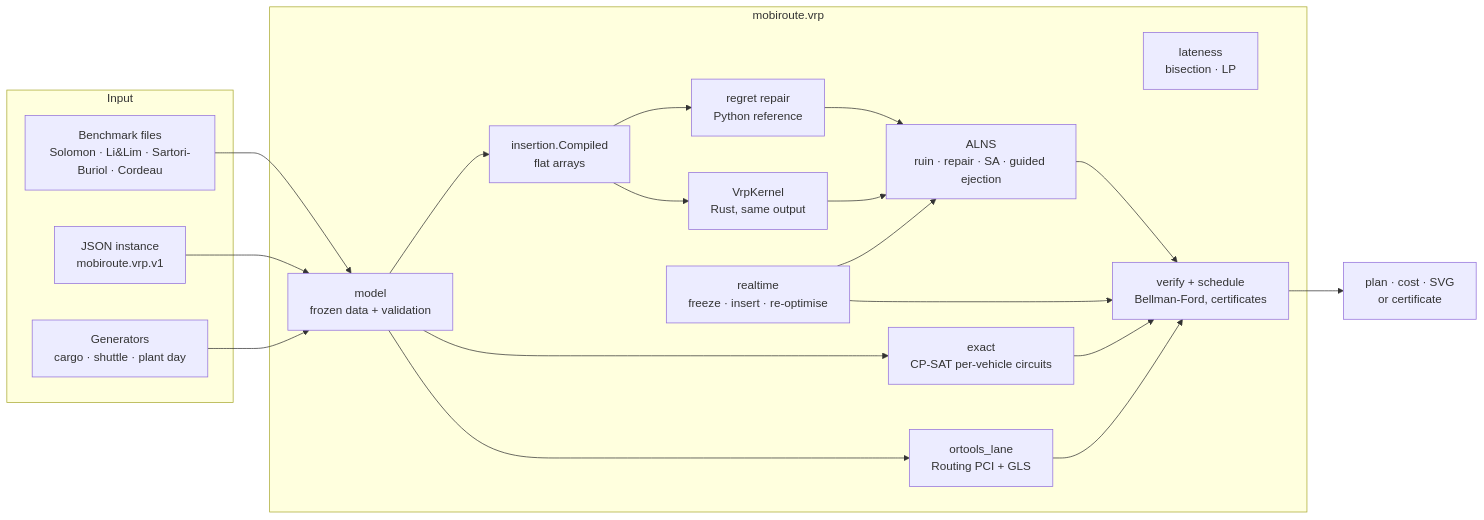
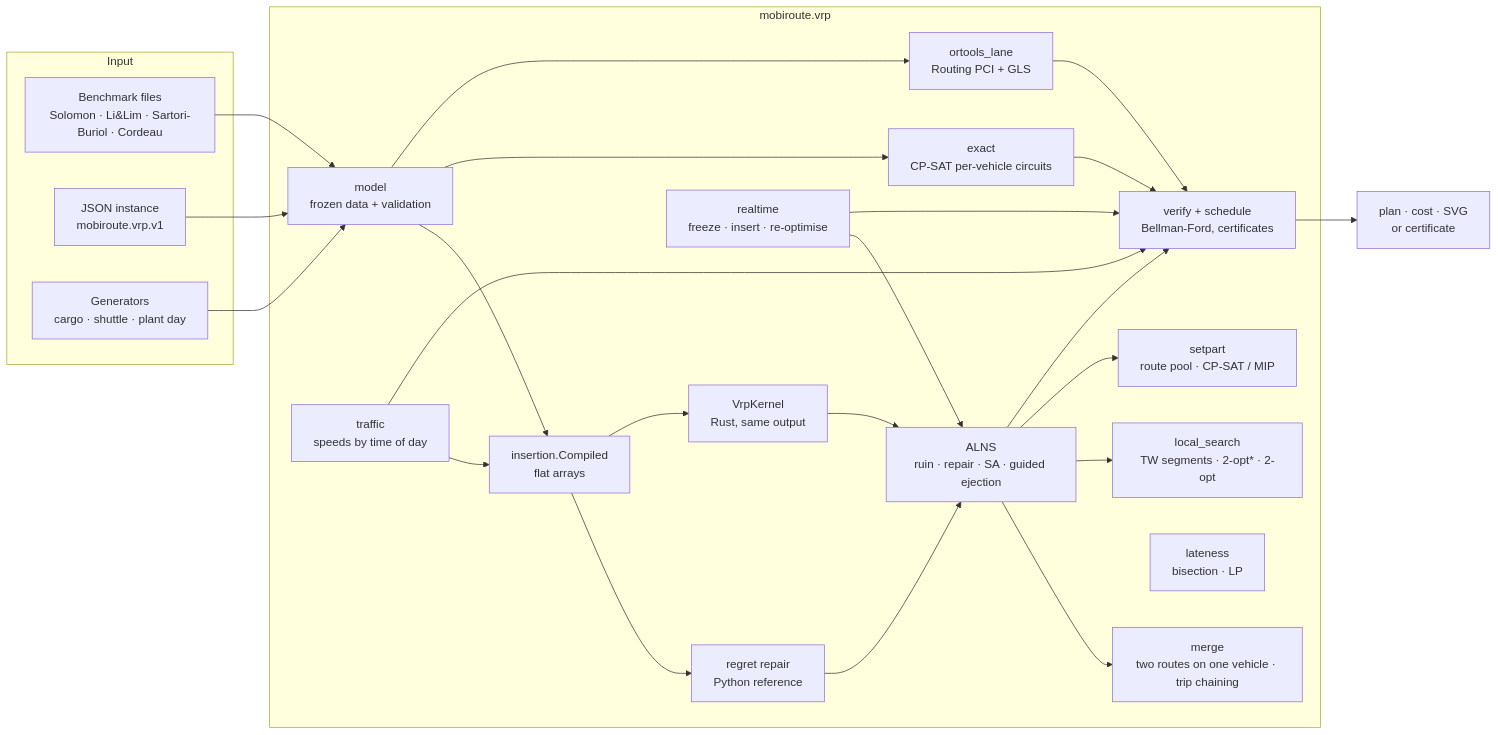
The diagram in docs/architecture.md (KonkovDV/SynAPS-MobiRoute), drawn with Mermaid before and after one commit. The commit also changed other lines of this file and 8 other files, not shown here.

First line of the commit message:
docs: rests, trips, traffic, local search and how results are compared

````diff
--- a/docs/architecture.md
+++ b/docs/architecture.md
@@ -3,35 +3,44 @@
 ```mermaid
 flowchart LR
   subgraph input[Input]
     B[Benchmark files<br/>Solomon · Li&Lim · Sartori-Buriol · Cordeau]
     J[JSON instance<br/>mobiroute.vrp.v1]
     G[Generators<br/>cargo · shuttle · plant day]
   end
   subgraph vrp[mobiroute.vrp]
     M[model<br/>frozen data + validation]
     C[insertion.Compiled<br/>flat arrays]
     R[regret repair<br/>Python reference]
     K[VrpKernel<br/>Rust, same output]
     A[ALNS<br/>ruin · repair · SA · guided ejection]
+    MG[merge<br/>two routes on one vehicle · trip chaining]
+    LS[local_search<br/>TW segments · 2-opt* · 2-opt]
+    SP[setpart<br/>route pool · CP-SAT / MIP]
+    TR[traffic<br/>speeds by time of day]
     X[exact<br/>CP-SAT per-vehicle circuits]
     O[ortools_lane<br/>Routing PCI + GLS]
     L[lateness<br/>bisection · LP]
     T[realtime<br/>freeze · insert · re-optimise]
     V[verify + schedule<br/>Bellman-Ford, certificates]
   end
   B --> M
   J --> M
   G --> M
   M --> C --> R
   C --> K
   R --> A
   K --> A
+  A --> MG
+  A --> LS
+  A --> SP
+  TR --> C
+  TR --> V
   M --> X
   M --> O
   A --> V
   X --> V
   O --> V
   T --> A
   T --> V
   V --> OUT[plan · cost · SVG<br/>or certificate]
 ```
````
